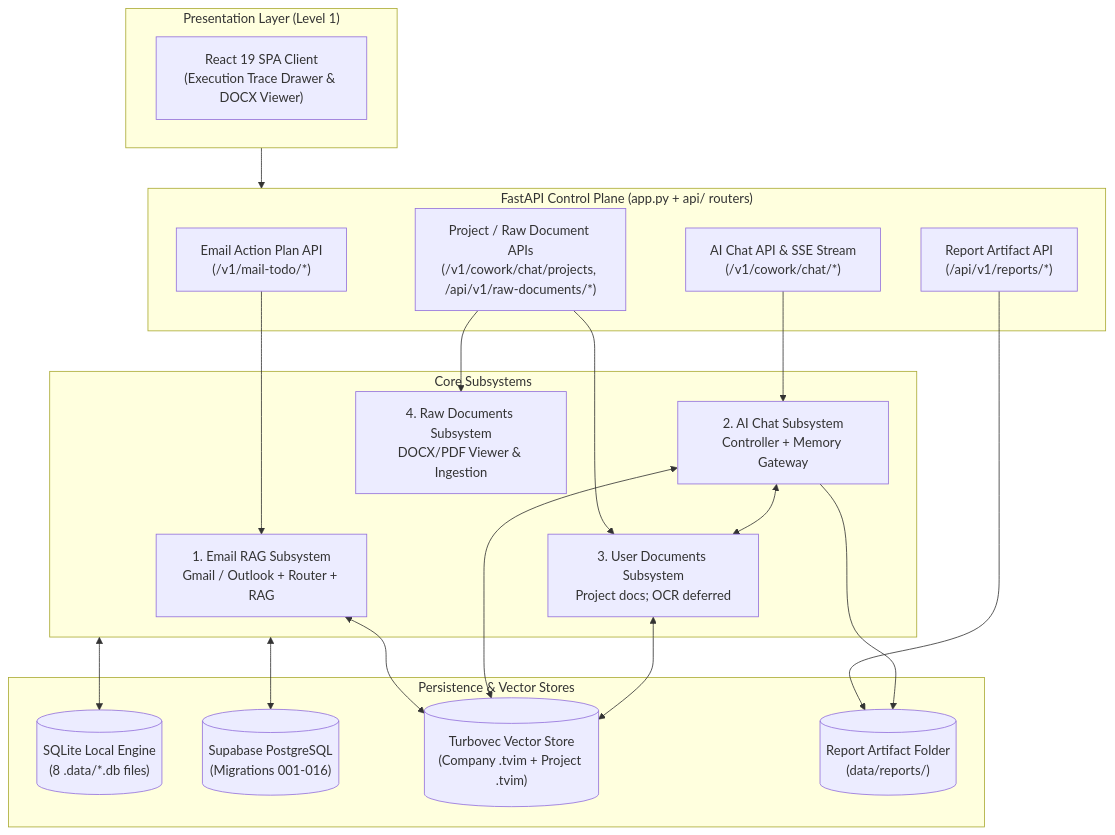
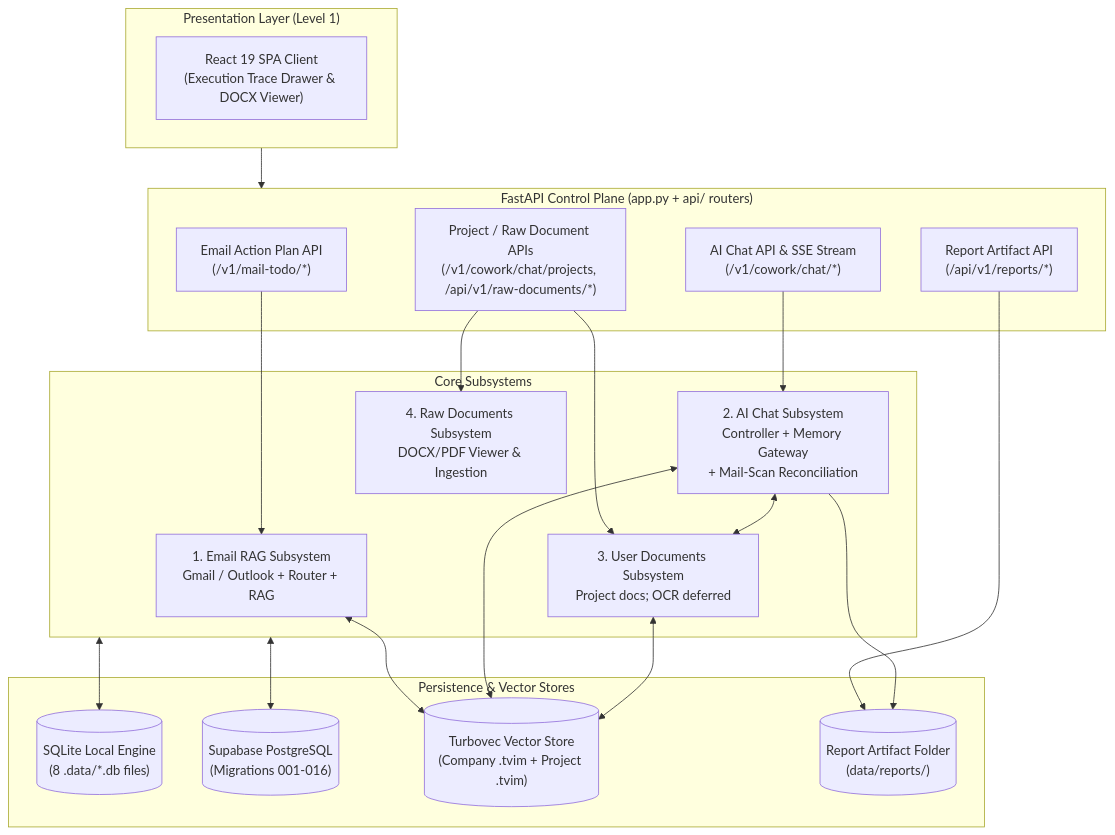
The diagram in docs/architectures/current-architectures/README.md (MathematicGuy/EMAIL-AGENT-v1), drawn with Mermaid before and after one commit. The commit also changed other lines of this file and 7 other files, not shown here.

Commit message:
refactor(chat): move mail scan reconciliation below transport

````diff
--- a/docs/architectures/current-architectures/README.md
+++ b/docs/architectures/current-architectures/README.md
@@ -15,42 +15,42 @@
 ```mermaid
 flowchart TB
     subgraph CLIENTS["Presentation Layer (Level 1)"]
         UI_REACT["React 19 SPA Client<br/>(Execution Trace Drawer & DOCX Viewer)"]
     end
 
     subgraph API["FastAPI Control Plane (app.py + api/ routers)"]
         EMAIL_API["Email Action Plan API<br/>(/v1/mail-todo/*)"]
         CHAT_API["AI Chat API & SSE Stream<br/>(/v1/cowork/chat/*)"]
         DOC_API["Project / Raw Document APIs<br/>(/v1/cowork/chat/projects, /api/v1/raw-documents/*)"]
         REPORT_API["Report Artifact API<br/>(/api/v1/reports/*)"]
     end
 
     subgraph SUBSYSTEMS["Core Subsystems"]
         SUB_EMAIL["1. Email RAG Subsystem<br/>Gmail / Outlook + Router + RAG"]
-        SUB_CHAT["2. AI Chat Subsystem<br/>Controller + Memory Gateway"]
+        SUB_CHAT["2. AI Chat Subsystem<br/>Controller + Memory Gateway<br/>+ Mail-Scan Reconciliation"]
         SUB_DOCS["3. User Documents Subsystem<br/>Project docs; OCR deferred"]
         SUB_RAW["4. Raw Documents Subsystem<br/>DOCX/PDF Viewer & Ingestion"]
     end
 
     subgraph STORES["Persistence & Vector Stores"]
         DB_LOCAL[("SQLite Local Engine<br/>(8 .data/*.db files)")]
         DB_PG[("Supabase PostgreSQL<br/>(Migrations 001-016)")]
         VECTOR[("Turbovec Vector Store<br/>(Company .tvim + Project .tvim)")]
         REPORTS[("Report Artifact Folder<br/>(data/reports/)")]
     end
 
     CLIENTS --> API
     EMAIL_API --> SUB_EMAIL
     CHAT_API --> SUB_CHAT
     DOC_API --> SUB_DOCS
     DOC_API --> SUB_RAW
     REPORT_API --> REPORTS
     SUB_CHAT --> REPORTS
     
     SUB_CHAT <--> SUB_DOCS
     SUB_EMAIL <--> VECTOR
     SUB_CHAT <--> VECTOR
     SUB_DOCS <--> VECTOR
     SUBSYSTEMS <--> DB_LOCAL
     SUBSYSTEMS <--> DB_PG
 ```
````
